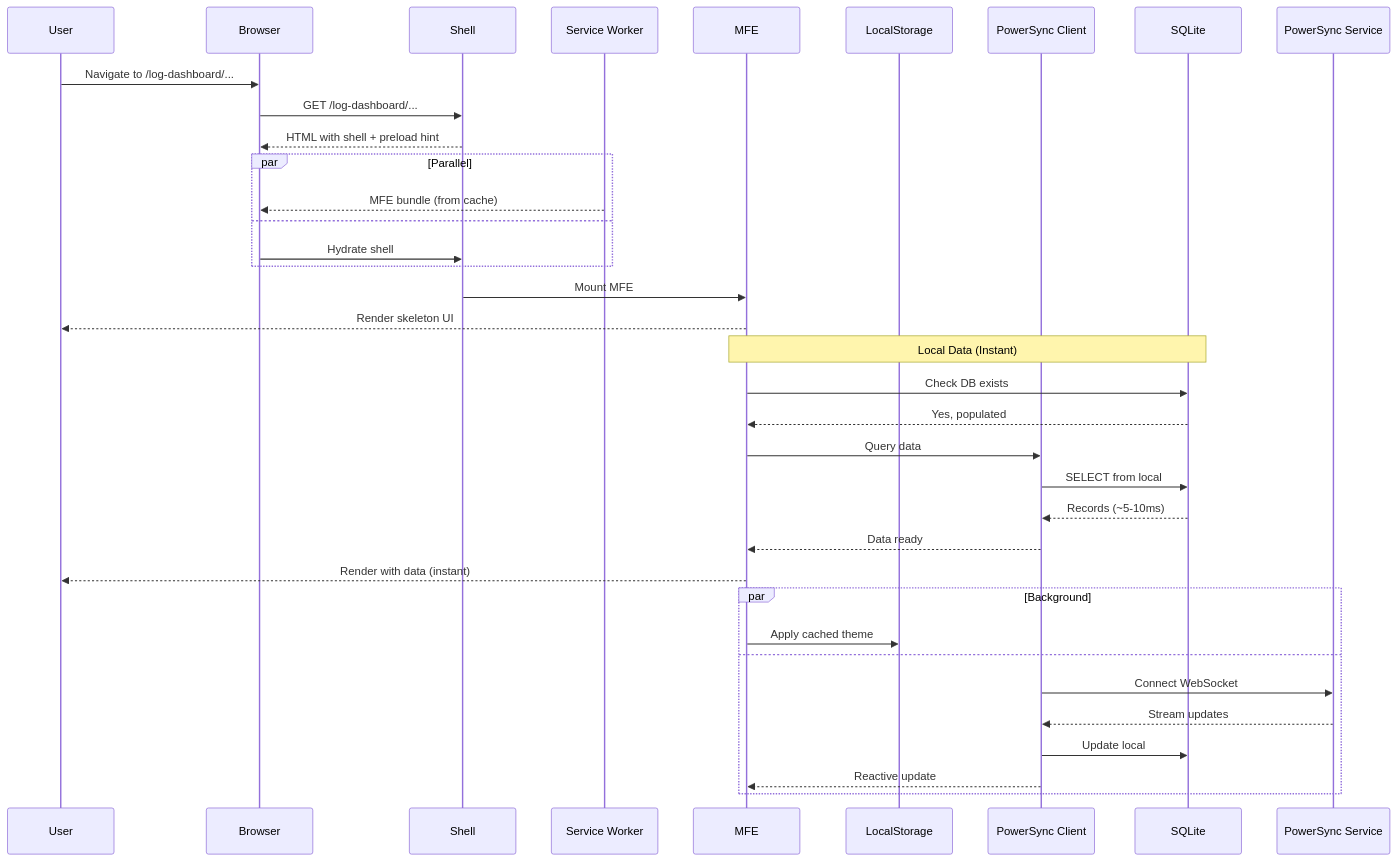
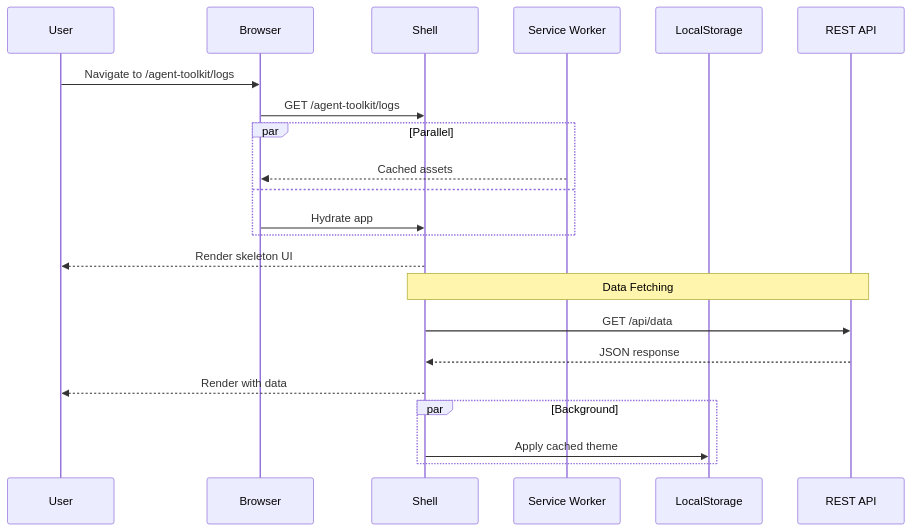
One commit to fr0mpy/so-log-db changed the second of 6 diagrams in docs/architecture.md. Above: the diagram before and after it, drawn with Mermaid. The commit also changed other lines of this file and 2 other files, not shown here.

Commit message:
docs: update README, architecture, and context for multi-zone setup

````diff
--- a/docs/architecture.md
+++ b/docs/architecture.md
@@ -66,43 +42,29 @@
 ```mermaid
 sequenceDiagram
     participant User
     participant Browser
     participant Shell
     participant SW as Service Worker
-    participant MFE
     participant LS as LocalStorage
-    participant PS as PowerSync Client
-    participant SQL as SQLite
-    participant PSS as PowerSync Service
+    participant API as REST API
 
-    User->>Browser: Navigate to /log-dashboard/...
-    Browser->>Shell: GET /log-dashboard/...
-    Shell-->>Browser: HTML with shell + preload hint
+    User->>Browser: Navigate to /agent-toolkit/logs
+    Browser->>Shell: GET /agent-toolkit/logs
 
     par Parallel
-        SW-->>Browser: MFE bundle (from cache)
+        SW-->>Browser: Cached assets
     and
-        Browser->>Shell: Hydrate shell
+        Browser->>Shell: Hydrate app
     end
 
-    Shell->>MFE: Mount MFE
-    MFE-->>User: Render skeleton UI
+    Shell-->>User: Render skeleton UI
 
-    Note over MFE,SQL: Local Data (Instant)
-    MFE->>SQL: Check DB exists
-    SQL-->>MFE: Yes, populated
-    MFE->>PS: Query data
-    PS->>SQL: SELECT from local
-    SQL-->>PS: Records (~5-10ms)
-    PS-->>MFE: Data ready
-    MFE-->>User: Render with data (instant)
+    Note over Shell,API: Data Fetching
+    Shell->>API: GET /api/data
+    API-->>Shell: JSON response
+    Shell-->>User: Render with data
 
     par Background
-        MFE->>LS: Apply cached theme
-    and
-        PS->>PSS: Connect WebSocket
-        PSS-->>PS: Stream updates
-        PS->>SQL: Update local
-        PS-->>MFE: Reactive update
+        Shell->>LS: Apply cached theme
     end
 ```
````
